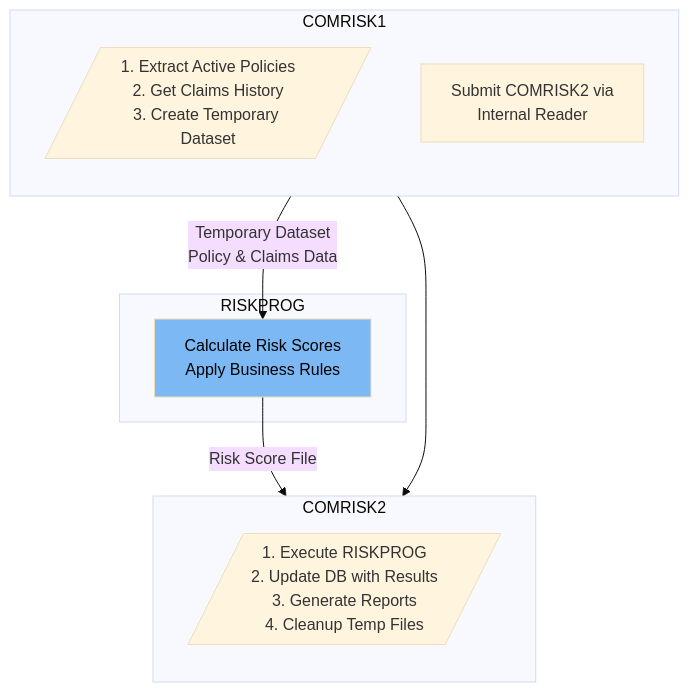
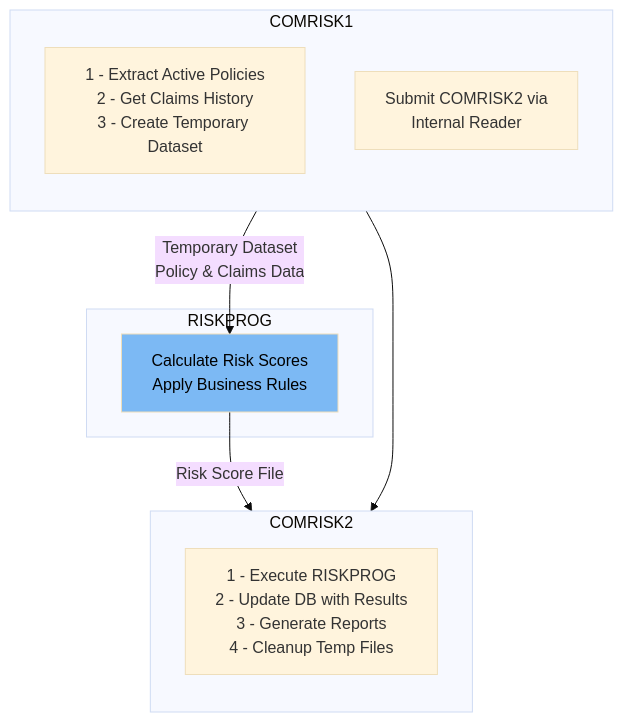
One commit to Swimm-Demo/kyndryl-cics-genapp changed the first of 2 diagrams in .swm/commercial-property-risk-assessment-batch.wggsiezx.sw.md. Above: the diagram before and after it, drawn with Mermaid (base theme).

Commit message:
Fix MD lists

````diff
--- a/.swm/commercial-property-risk-assessment-batch.wggsiezx.sw.md
+++ b/.swm/commercial-property-risk-assessment-batch.wggsiezx.sw.md
@@ -20,29 +20,37 @@
 ```mermaid
 flowchart TD
     subgraph JCL1[COMRISK1]
         direction TB
-        J1[/"1. Extract Active Policies\n2. Get Claims History\n3. Create Temporary Dataset"/]
-        Submit["Submit COMRISK2 via\nInternal Reader"]
+        J1[1 - Extract Active Policies
+2 - Get Claims History
+3 - Create Temporary Dataset]
+        Submit["Submit COMRISK2 via
+Internal Reader"]
     end
 
     subgraph JCL2[COMRISK2]
         direction TB
-        J2[/"1. Execute RISKPROG\n2. Update DB with Results\n3. Generate Reports\n4. Cleanup Temp Files"/]
+        J2[1 - Execute RISKPROG
+2 - Update DB with Results
+3 - Generate Reports
+4 - Cleanup Temp Files]
     end
 
     subgraph COBOL[RISKPROG]
-        C1["Calculate Risk Scores\nApply Business Rules"]
+        C1["Calculate Risk Scores
+Apply Business Rules"]
     end
 
     %% Data flow between components
-    J1 --> |"Temporary Dataset\nPolicy & Claims Data"| C1:::a0b8c7d0e 
+    J1 --> |"Temporary Dataset
+Policy & Claims Data"| C1:::a0b8c7d0e 
     Submit --> JCL2
     C1 --> |"Risk Score File"| J2
 
 classDef a0b8c7d0e color:#000000,fill:#7CB9F4
 classDef a261ec6c4 color:#000000,fill:#00FFAA
 classDef a4f5fbfea color:#000000,fill:#00FFF4
 classDef a4271316e color:#000000,fill:#FFFF00
 classDef a0298c687 color:#000000,fill:#AA7CB9
 classDef a911b8d83 color:#000000,fill:#5afa0a
 ```
````
